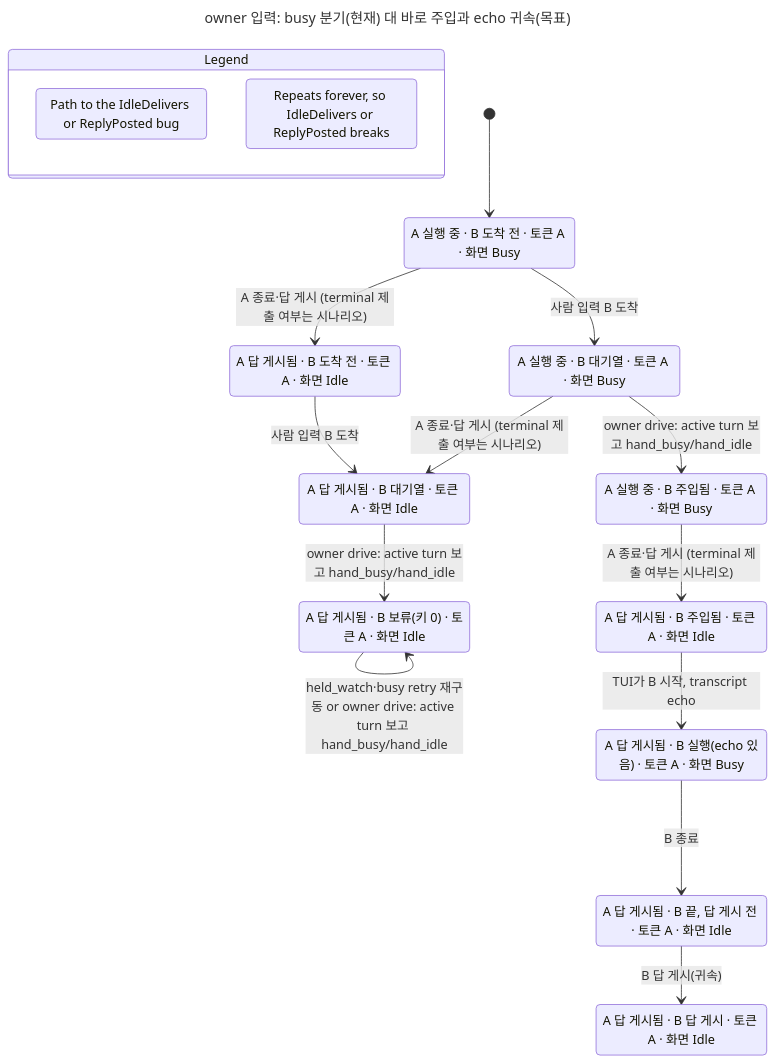
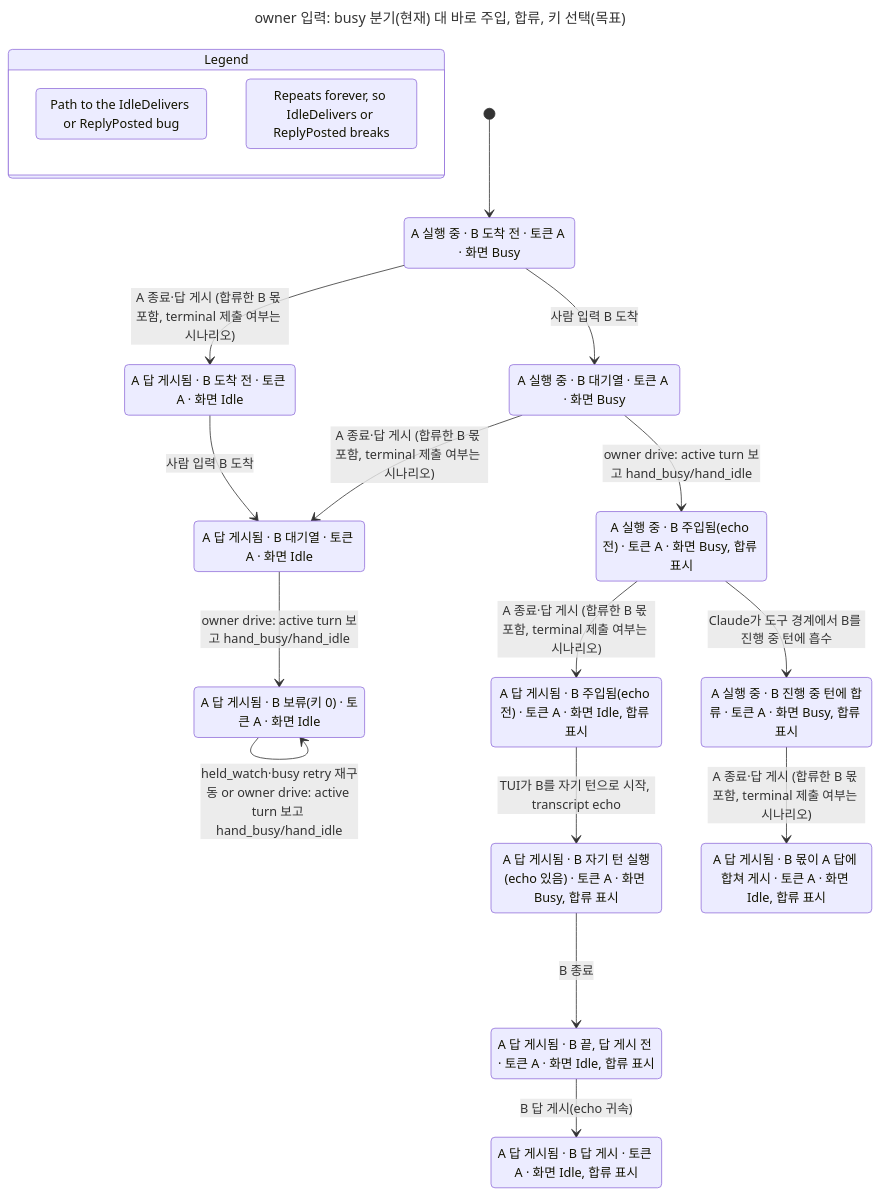
The diagram in docs/statecharts/input-single-path/owner-input-busy-split.current-8432.chart.mmd (itismyfield/AgentDesk), drawn with Mermaid before and after one commit. The commit also changed 30 other files, not shown here.

```diff
--- a/docs/statecharts/input-single-path/owner-input-busy-split.current-8432.chart.mmd
+++ b/docs/statecharts/input-single-path/owner-input-busy-split.current-8432.chart.mmd
@@ -1,36 +1,40 @@
 ---
-title: "owner 입력: busy 분기(현재) 대 바로 주입과 echo 귀속(목표)"
+title: "owner 입력: busy 분기(현재) 대 바로 주입, 합류, 키 선택(목표)"
 ---
 stateDiagram-v2
   state "Legend" as legend {
     lg0: Path to the IdleDelivers or ReplyPosted bug
     lg1: Repeats forever, so IdleDelivers or ReplyPosted breaks
   }
   class lg0 bugPath
   class lg1 repeats
   s0: A 실행 중 #183; B 도착 전 #183; 토큰 A #183; 화면 Busy
   s1: A 답 게시됨 #183; B 도착 전 #183; 토큰 A #183; 화면 Idle
   s2: A 실행 중 #183; B 대기열 #183; 토큰 A #183; 화면 Busy
   s3: A 답 게시됨 #183; B 대기열 #183; 토큰 A #183; 화면 Idle
-  s4: A 실행 중 #183; B 주입됨 #183; 토큰 A #183; 화면 Busy
+  s4: A 실행 중 #183; B 주입됨(echo 전) #183; 토큰 A #183; 화면 Busy, 합류 표시
   s5: A 답 게시됨 #183; B 보류(키 0) #183; 토큰 A #183; 화면 Idle
-  s6: A 답 게시됨 #183; B 주입됨 #183; 토큰 A #183; 화면 Idle
-  s7: A 답 게시됨 #183; B 실행(echo 있음) #183; 토큰 A #183; 화면 Busy
-  s8: A 답 게시됨 #183; B 끝, 답 게시 전 #183; 토큰 A #183; 화면 Idle
-  s9: A 답 게시됨 #183; B 답 게시 #183; 토큰 A #183; 화면 Idle
+  s6: A 답 게시됨 #183; B 주입됨(echo 전) #183; 토큰 A #183; 화면 Idle, 합류 표시
+  s7: A 실행 중 #183; B 진행 중 턴에 합류 #183; 토큰 A #183; 화면 Busy, 합류 표시
+  s8: A 답 게시됨 #183; B 몫이 A 답에 합쳐 게시 #183; 토큰 A #183; 화면 Idle, 합류 표시
+  s9: A 답 게시됨 #183; B 자기 턴 실행(echo 있음) #183; 토큰 A #183; 화면 Busy, 합류 표시
+  s10: A 답 게시됨 #183; B 끝, 답 게시 전 #183; 토큰 A #183; 화면 Idle, 합류 표시
+  s11: A 답 게시됨 #183; B 답 게시 #183; 토큰 A #183; 화면 Idle, 합류 표시
   [*] --> s0
-  s0 --> s1: A 종료#183;답 게시 (terminal 제출 여부는 시나리오)
+  s0 --> s1: A 종료#183;답 게시 (합류한 B 몫 포함, terminal 제출 여부는 시나리오)
   s0 --> s2: 사람 입력 B 도착
   s1 --> s3: 사람 입력 B 도착
-  s2 --> s3: A 종료#183;답 게시 (terminal 제출 여부는 시나리오)
+  s2 --> s3: A 종료#183;답 게시 (합류한 B 몫 포함, terminal 제출 여부는 시나리오)
   s2 --> s4: owner drive: active turn 보고 hand_busy/hand_idle
   s3 --> s5: owner drive: active turn 보고 hand_busy/hand_idle
-  s4 --> s6: A 종료#183;답 게시 (terminal 제출 여부는 시나리오)
+  s4 --> s6: A 종료#183;답 게시 (합류한 B 몫 포함, terminal 제출 여부는 시나리오)
+  s4 --> s7: Claude가 도구 경계에서 B를 진행 중 턴에 흡수
   s5 --> s5: held_watch#183;busy retry 재구동 or owner drive: active turn 보고 hand_busy/hand_idle
-  s6 --> s7: TUI가 B 시작, transcript echo
-  s7 --> s8: B 종료
-  s8 --> s9: B 답 게시(귀속)
+  s6 --> s9: TUI가 B를 자기 턴으로 시작, transcript echo
+  s7 --> s8: A 종료#183;답 게시 (합류한 B 몫 포함, terminal 제출 여부는 시나리오)
+  s9 --> s10: B 종료
+  s10 --> s11: B 답 게시(echo 귀속)
   class s0 bugPath
   class s2 bugPath
   class s3 bugPath
   class s5 repeats
```
